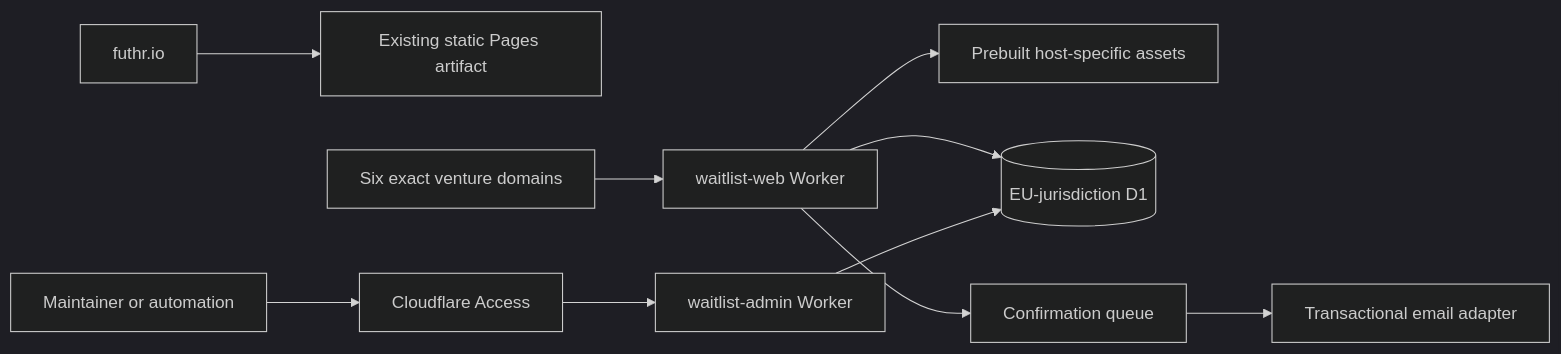
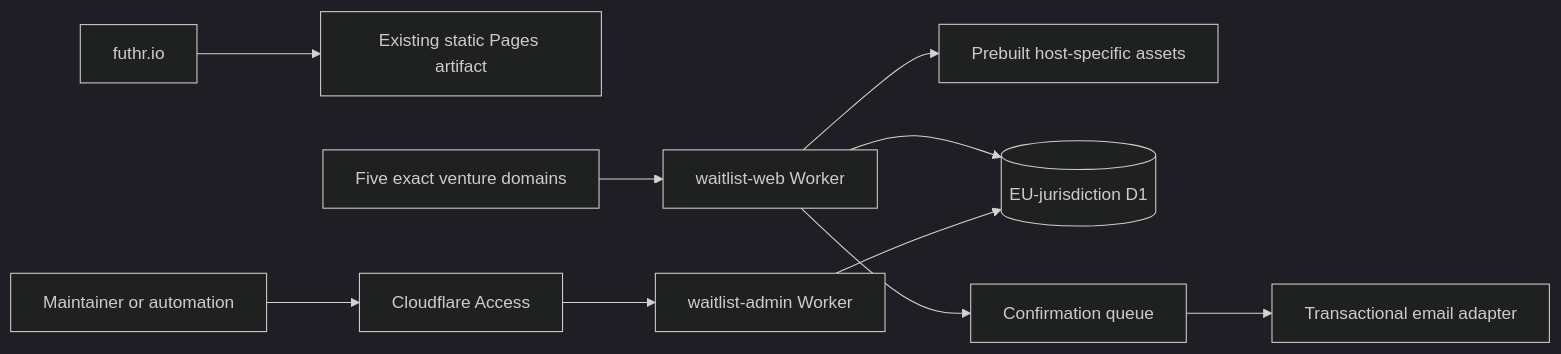
One commit to futhr/futhr changed the diagram in docs/architecture/waitlist-platform.md. Above: the diagram before and after it, drawn with Mermaid (dark theme). The commit also changed other lines of this file, not shown here.

Commit message:
docs: drop wotex from the waitlist platform

````diff
--- a/docs/architecture/waitlist-platform.md
+++ b/docs/architecture/waitlist-platform.md
@@ -30,12 +32,12 @@
 ```mermaid
 flowchart LR
   F[futhr.io] --> P[Existing static Pages artifact]
-  V[Six exact venture domains] --> W[waitlist-web Worker]
+  V[Five exact venture domains] --> W[waitlist-web Worker]
   W --> A[Prebuilt host-specific assets]
   W --> D[(EU-jurisdiction D1)]
   W --> Q[Confirmation queue]
   Q --> E[Transactional email adapter]
   M[Maintainer or automation] --> X[Cloudflare Access]
   X --> API[waitlist-admin Worker]
   API --> D
 ```
````
